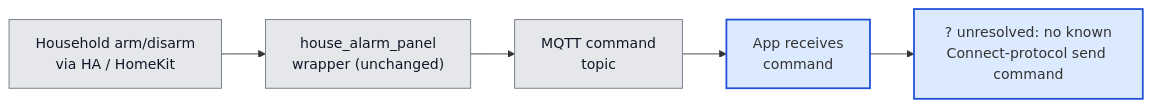
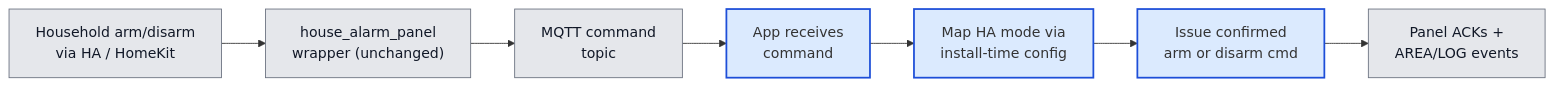
Before and after one commit to michaelmarconi/texecom_alarm: the sixth of 6 diagrams in docs/architecture.md, drawn with Mermaid. The commit also changed other lines of this file, not shown here.

First line of the commit message:
docs: update architecture for ADR-005 arm/disarm and public Add-on scope

````diff
--- a/docs/architecture.md
+++ b/docs/architecture.md
@@ -287,13 +294,15 @@
 ```mermaid
 flowchart LR
     Cmd["Household arm/disarm<br/>via HA / HomeKit"]:::external
     Wrapper["house_alarm_panel<br/>wrapper (unchanged)"]:::external
     MqttCmd["MQTT command<br/>topic"]:::external
     Recv["App receives<br/>command"]:::owned
-    Unknown["? unresolved: no known<br/>Connect-protocol send command"]:::owned
+    Map["Map HA mode via<br/>install-time config"]:::owned
+    Send["Issue confirmed<br/>arm or disarm cmd"]:::owned
+    Panel["Panel ACKs +<br/>AREA/LOG events"]:::external
 
-    Cmd --> Wrapper --> MqttCmd --> Recv --> Unknown
+    Cmd --> Wrapper --> MqttCmd --> Recv --> Map --> Send --> Panel
 
     classDef owned fill:#dbeafe,stroke:#1d4ed8,stroke-width:2px
     classDef external fill:#e5e7eb,stroke:#6b7280,color:#111827
 ```
````
